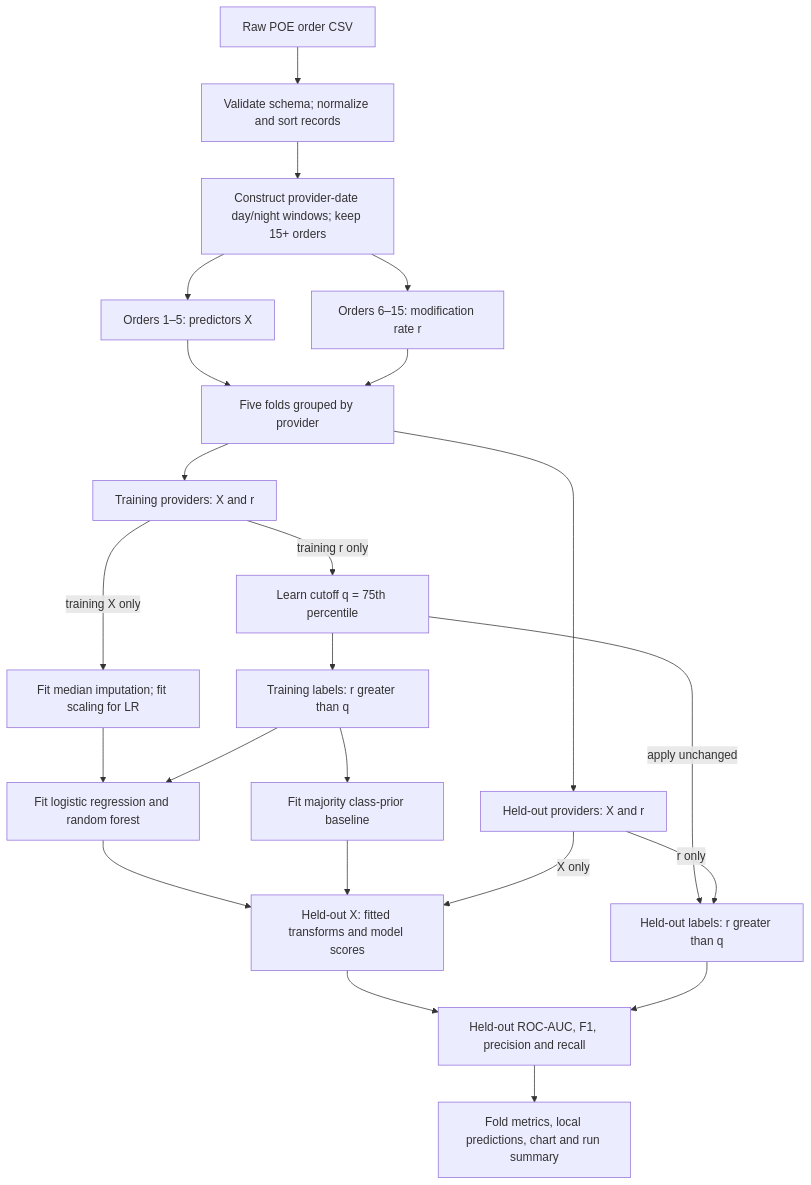
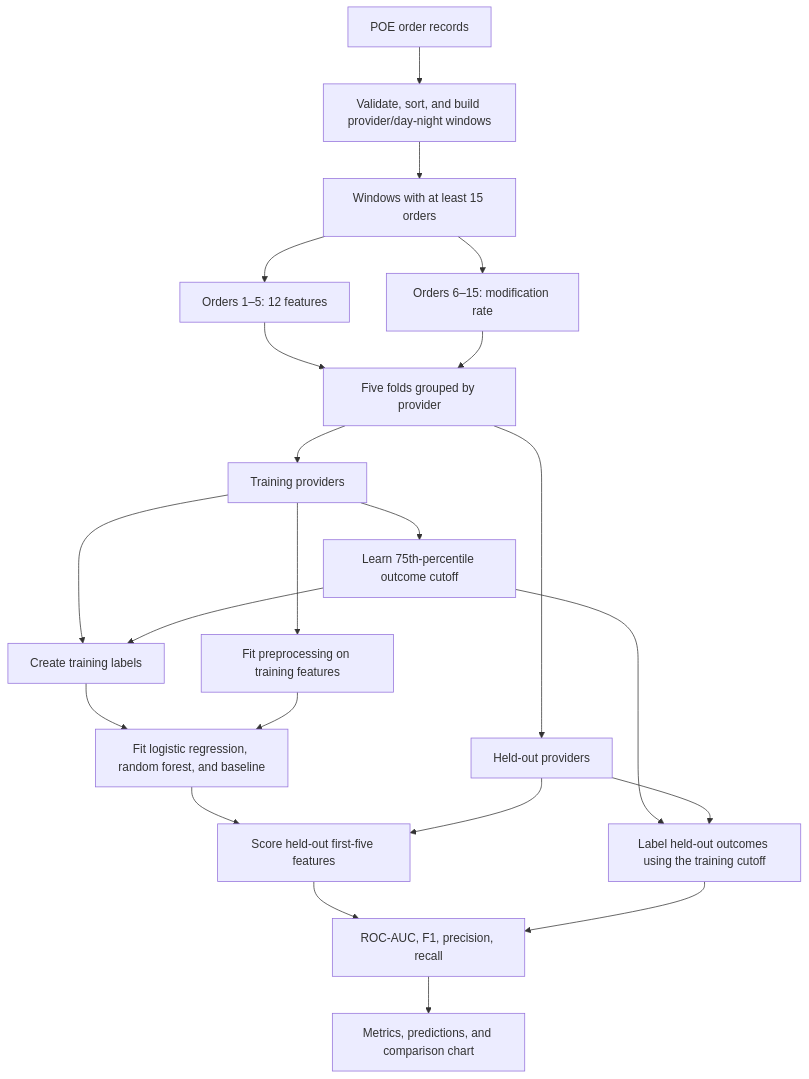
One commit to dalal35/Cogni-Shift changed the diagram in README.md. Above: the diagram before and after it, drawn with Mermaid. The commit also changed other lines of this file, not shown here.

````diff
--- a/README.md
+++ b/README.md
@@ -33,25 +51,24 @@
 ```mermaid
 flowchart TD
-    A["Raw POE order CSV"] --> B["Validate schema; normalize and sort records"]
-    B --> C["Construct provider-date day/night windows; keep 15+ orders"]
-    C --> D["Orders 1–5: predictors X"]
-    C --> E["Orders 6–15: modification rate r"]
-    D --> F["Five folds grouped by provider"]
-    E --> F
-    F --> T["Training providers: X and r"]
-    F --> V["Held-out providers: X and r"]
-    T -->|training r only| Q["Learn cutoff q = 75th percentile"]
-    Q --> Y["Training labels: r greater than q"]
-    T -->|training X only| P["Fit median imputation; fit scaling for LR"]
-    P --> M["Fit logistic regression and random forest"]
-    Y --> M
-    Y --> K["Fit majority class-prior baseline"]
-    M --> S["Held-out X: fitted transforms and model scores"]
-    K --> S
-    V -->|X only| S
-    Q -->|apply unchanged| L["Held-out labels: r greater than q"]
-    V -->|r only| L
-    S --> H["Held-out ROC-AUC, F1, precision and recall"]
-    L --> H
-    H --> O["Fold metrics, local predictions, chart and run summary"]
+    A["POE order records"] --> B["Validate, sort, and build provider/day-night windows"]
+    B --> C["Windows with at least 15 orders"]
+    C --> X["Orders 1–5: 12 features"]
+    C --> R["Orders 6–15: modification rate"]
+    X --> G["Five folds grouped by provider"]
+    R --> G
+    G --> T["Training providers"]
+    G --> V["Held-out providers"]
+    T --> Q["Learn 75th-percentile outcome cutoff"]
+    T --> Y["Create training labels"]
+    Q --> Y
+    T --> P["Fit preprocessing on training features"]
+    Y --> M["Fit logistic regression, random forest, and baseline"]
+    P --> M
+    M --> S["Score held-out first-five features"]
+    V --> S
+    Q --> L["Label held-out outcomes using the training cutoff"]
+    V --> L
+    S --> E["ROC-AUC, F1, precision, recall"]
+    L --> E
+    E --> O["Metrics, predictions, and comparison chart"]
 ```
````
